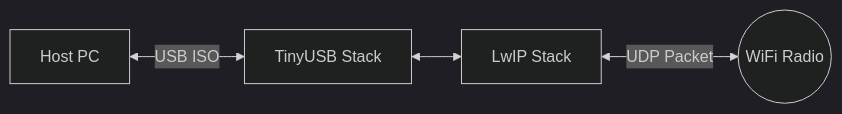
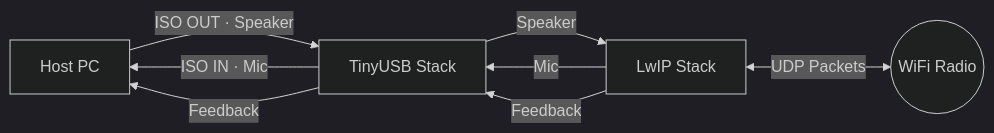
Before and after one commit to gab-k/FlexAudioLink: the fourth of 5 diagrams in README.md, drawn with Mermaid (dark theme). The commit also changed other lines of this file and 10 other files, not shown here.

````diff
--- a/README.md
+++ b/README.md
@@ -47,6 +104,15 @@
 ```mermaid
 graph LR
-    Host[Host PC] <-- "USB ISO" --> TUSB[TinyUSB Stack]
-    TUSB <--> Net[LwIP Stack]
-    Net <-- "UDP Packet" --> WLAN((WiFi Radio))
+    Host[Host PC]
+    TUSB[TinyUSB Stack]
+    Net[LwIP Stack]
+    WLAN((WiFi Radio))
+
+    Host -->|"ISO OUT · Speaker"| TUSB
+    TUSB -->|"ISO IN · Mic"| Host
+    TUSB -->|"Feedback"| Host
+    TUSB -->|"Speaker"| Net
+    Net -->|"Mic"| TUSB
+    Net -->|"Feedback"| TUSB
+    Net <-->|"UDP Packets"| WLAN
 ```
````
